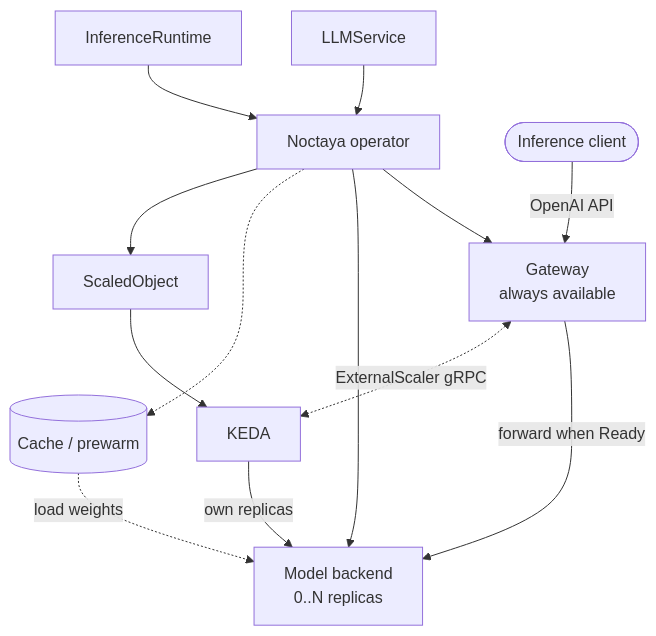
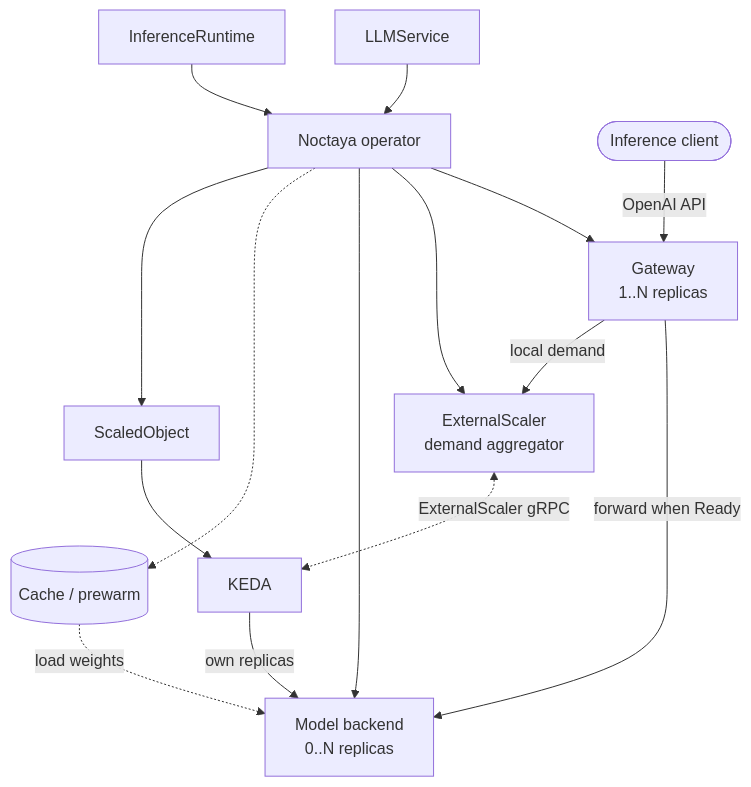
One commit to noctaya/noctaya changed the diagram in docs/architecture.md. Above: the diagram before and after it, drawn with Mermaid. The commit also changed other lines of this file and 6 other files, not shown here.

Commit message:
docs: document multi-gateway demand aggregation

````diff
--- a/docs/architecture.md
+++ b/docs/architecture.md
@@ -54,25 +55,28 @@
 ```mermaid
 flowchart TB
   llm["LLMService"]
   runtime["InferenceRuntime"]
   operator["Noctaya operator"]
   client(["Inference client"])
-  gateway["Gateway<br/>always available"]
+  gateway["Gateway<br/>1..N replicas"]
+  scaler["ExternalScaler<br/>demand aggregator"]
   backend["Model backend<br/>0..N replicas"]
   cache[("Cache / prewarm")]
   scaled["ScaledObject"]
   keda["KEDA"]
 
   llm --> operator
   runtime --> operator
   operator --> gateway
+  operator --> scaler
   operator --> backend
   operator -.-> cache
   operator --> scaled
   client -->|"OpenAI API"| gateway
   gateway -->|"forward when Ready"| backend
   cache -.->|"load weights"| backend
-  gateway <-.->|"ExternalScaler gRPC"| keda
+  gateway -->|"local demand"| scaler
+  scaler <-.->|"ExternalScaler gRPC"| keda
   scaled --> keda
   keda -->|"own replicas"| backend
 ```
````
